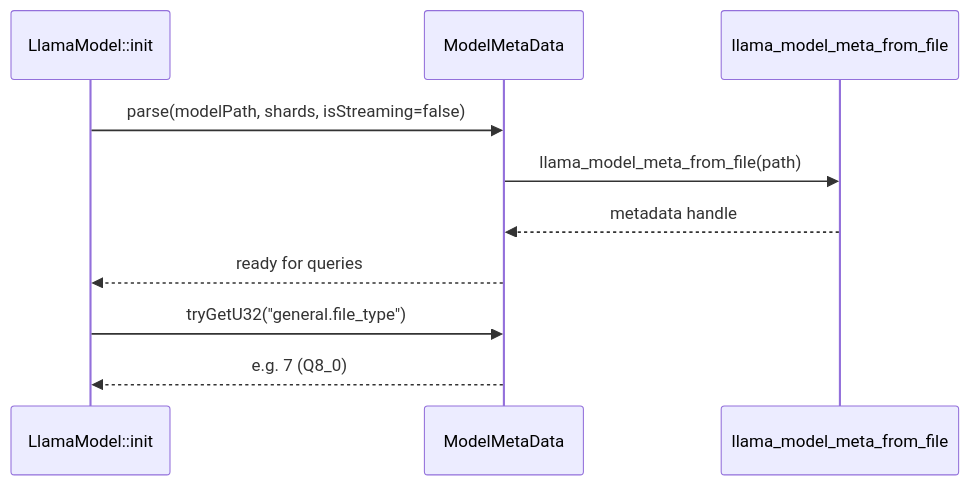
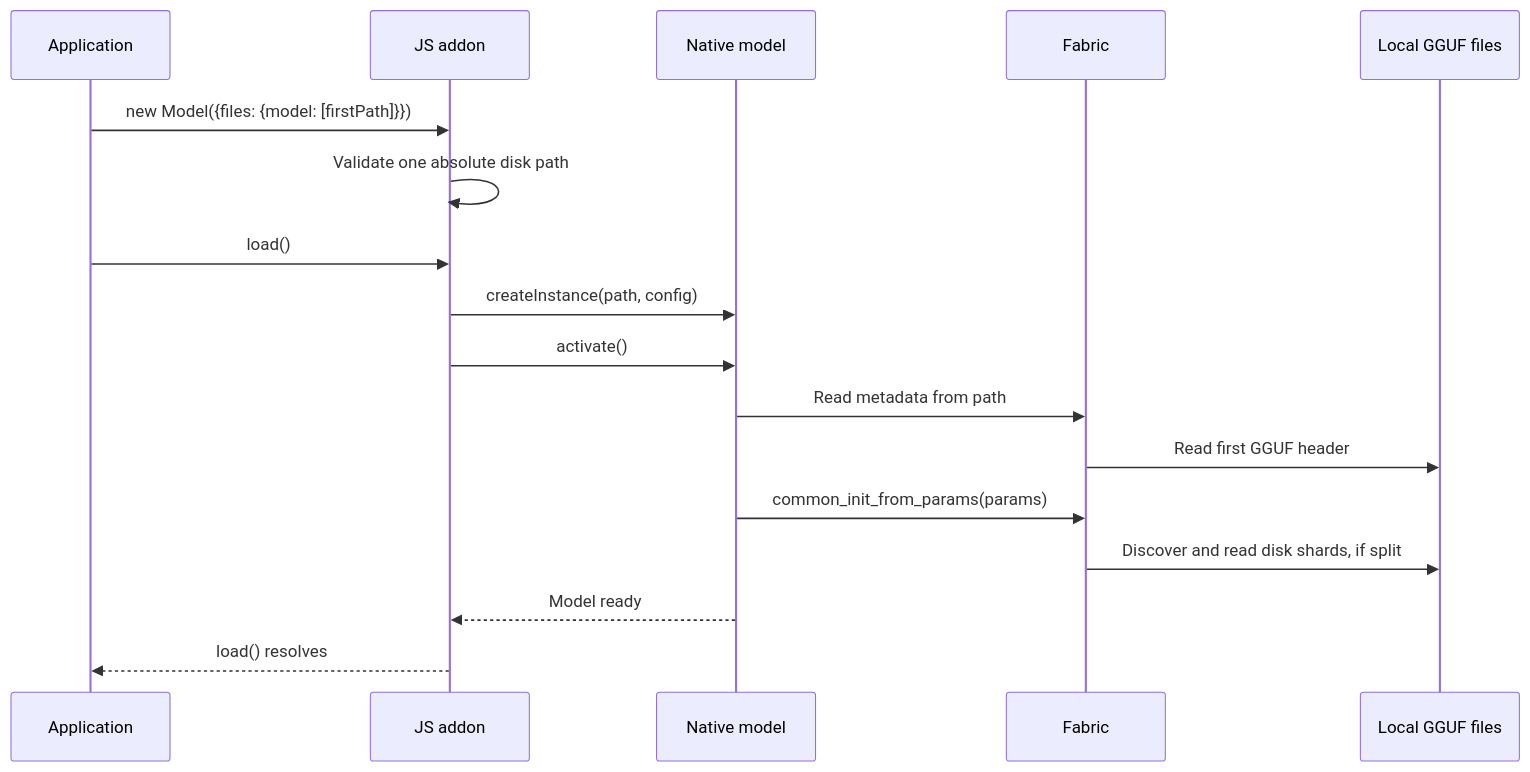
Before and after one commit to tetherto/qvac: the second of 4 diagrams in packages/llm-llamacpp/docs/data-flows-detailed.md, drawn with Mermaid. The commit also changed other lines of this file and 80 other files, not shown here.

First line of the commit message:
QVAC-27105 mod[bc]: load LLM and Embed models from disk only (#5398)

````diff
--- a/packages/llm-llamacpp/docs/data-flows-detailed.md
+++ b/packages/llm-llamacpp/docs/data-flows-detailed.md
@@ -310,14 +208,19 @@
 ```mermaid
 sequenceDiagram
-    participant Init as LlamaModel::init
-    participant Meta as ModelMetaData
-    participant GGUF as llama_model_meta_from_file
-
-    Init->>Meta: parse(modelPath, shards, isStreaming=false)
-    Meta->>GGUF: llama_model_meta_from_file(path)
-    GGUF-->>Meta: metadata handle
-    Meta-->>Init: ready for queries
-
-    Init->>Meta: tryGetU32("general.file_type")
-    Meta-->>Init: e.g. 7 (Q8_0)
+    participant App as Application
+    participant JS as JS addon
+    participant Native as Native model
+    participant Fabric as Fabric
+    participant Disk as Local GGUF files
+    App->>JS: new Model({files: {model: [firstPath]}})
+    JS->>JS: Validate one absolute disk path
+    App->>JS: load()
+    JS->>Native: createInstance(path, config)
+    JS->>Native: activate()
+    Native->>Fabric: Read metadata from path
+    Fabric->>Disk: Read first GGUF header
+    Native->>Fabric: common_init_from_params(params)
+    Fabric->>Disk: Discover and read disk shards, if split
+    Native-->>JS: Model ready
+    JS-->>App: load() resolves
 ```
````
